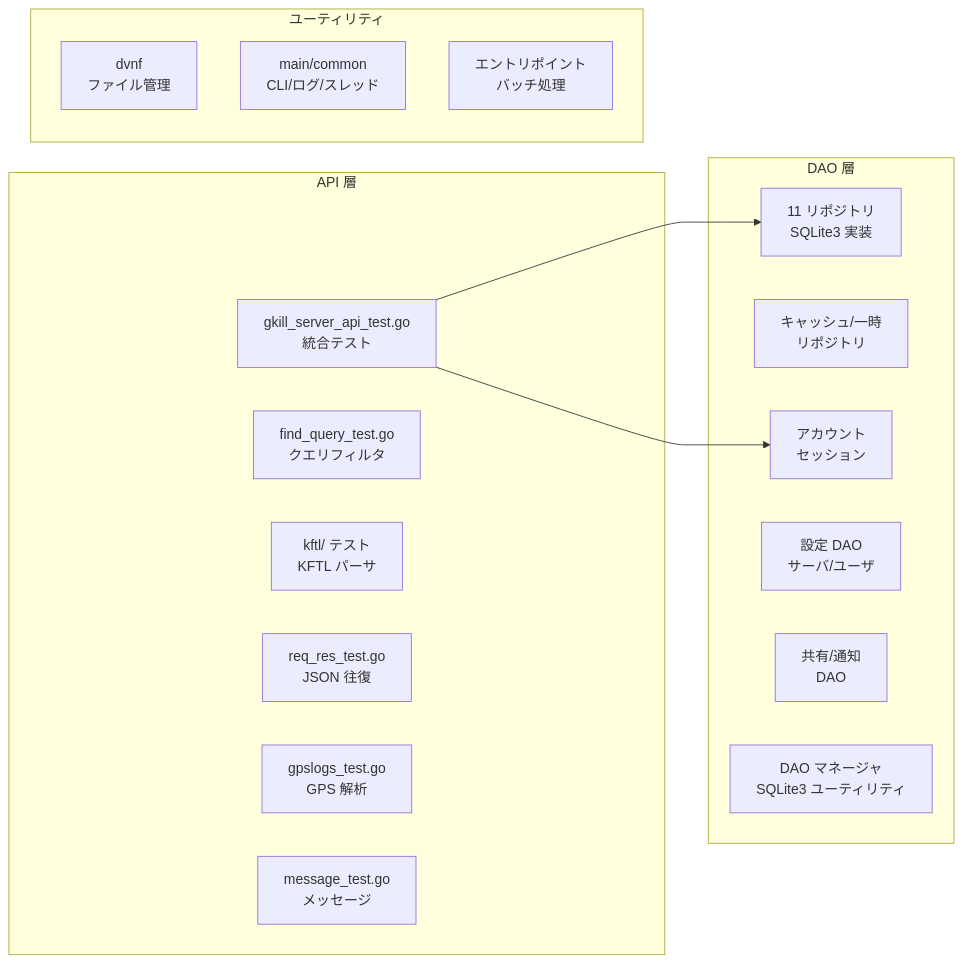
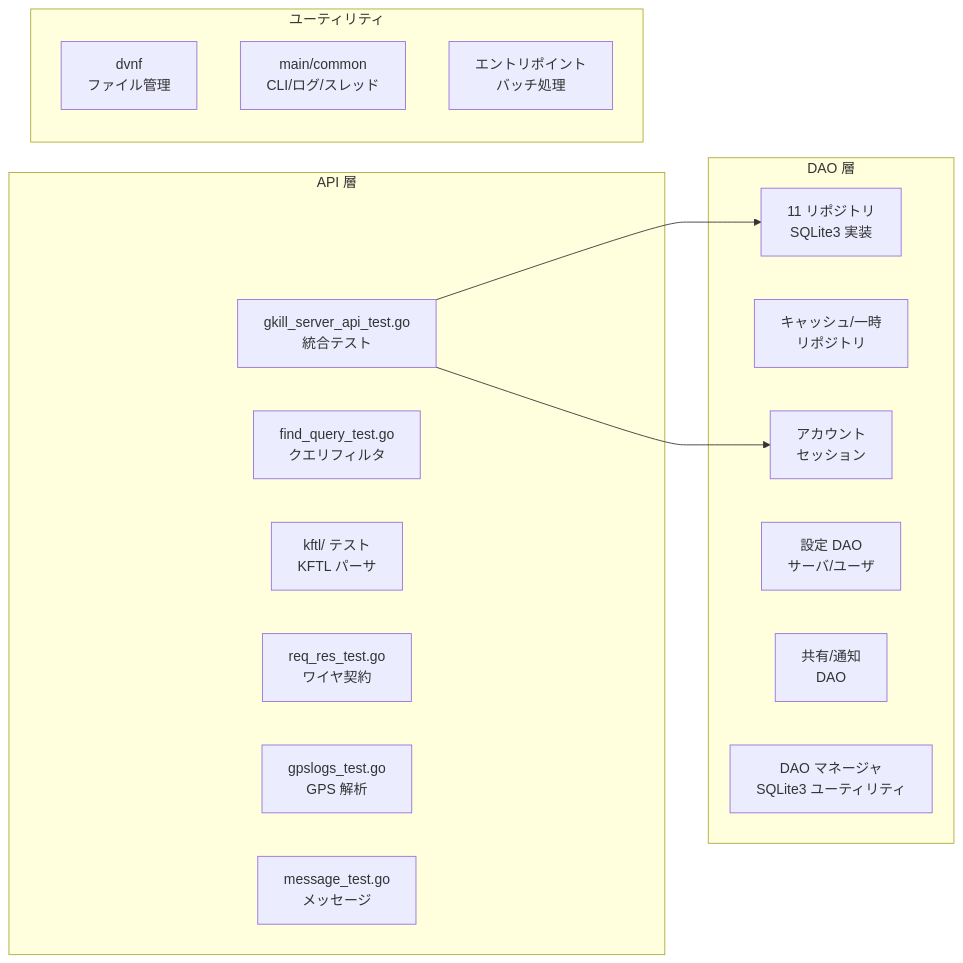
One commit to mt3hr/gkill changed the first of 2 diagrams in documents/reverse/testing-guide.md. Above: the diagram before and after it, drawn with Mermaid. The commit also changed other lines of this file and 17 other files, not shown here.

````diff
--- a/documents/reverse/testing-guide.md
+++ b/documents/reverse/testing-guide.md
@@ -443,29 +445,29 @@
 ```mermaid
 graph LR
     subgraph "API 層"
         A1[gkill_server_api_test.go<br/>統合テスト]
         A2[find_query_test.go<br/>クエリフィルタ]
         A3[kftl/ テスト<br/>KFTL パーサ]
-        A4[req_res_test.go<br/>JSON 往復]
+        A4[req_res_test.go<br/>ワイヤ契約]
         A5[gpslogs_test.go<br/>GPS 解析]
         A6[message_test.go<br/>メッセージ]
     end
 
     subgraph "DAO 層"
         D1[11 リポジトリ<br/>SQLite3 実装]
         D2[キャッシュ/一時<br/>リポジトリ]
         D3[アカウント<br/>セッション]
         D4[設定 DAO<br/>サーバ/ユーザ]
         D5[共有/通知<br/>DAO]
         D6[DAO マネージャ<br/>SQLite3 ユーティリティ]
     end
 
     subgraph "ユーティリティ"
         U1[dvnf<br/>ファイル管理]
         U2[main/common<br/>CLI/ログ/スレッド]
         U3[エントリポイント<br/>バッチ処理]
     end
 
     A1 --> D1
     A1 --> D3
 ```
````
